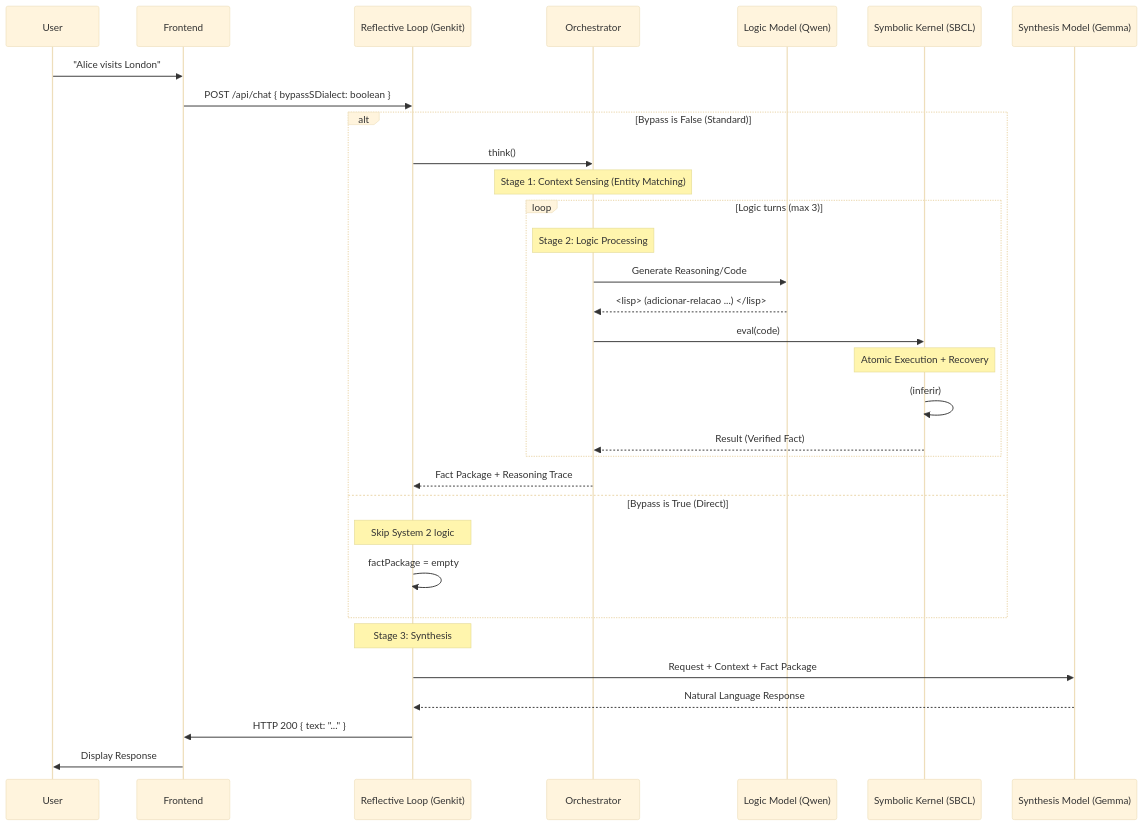
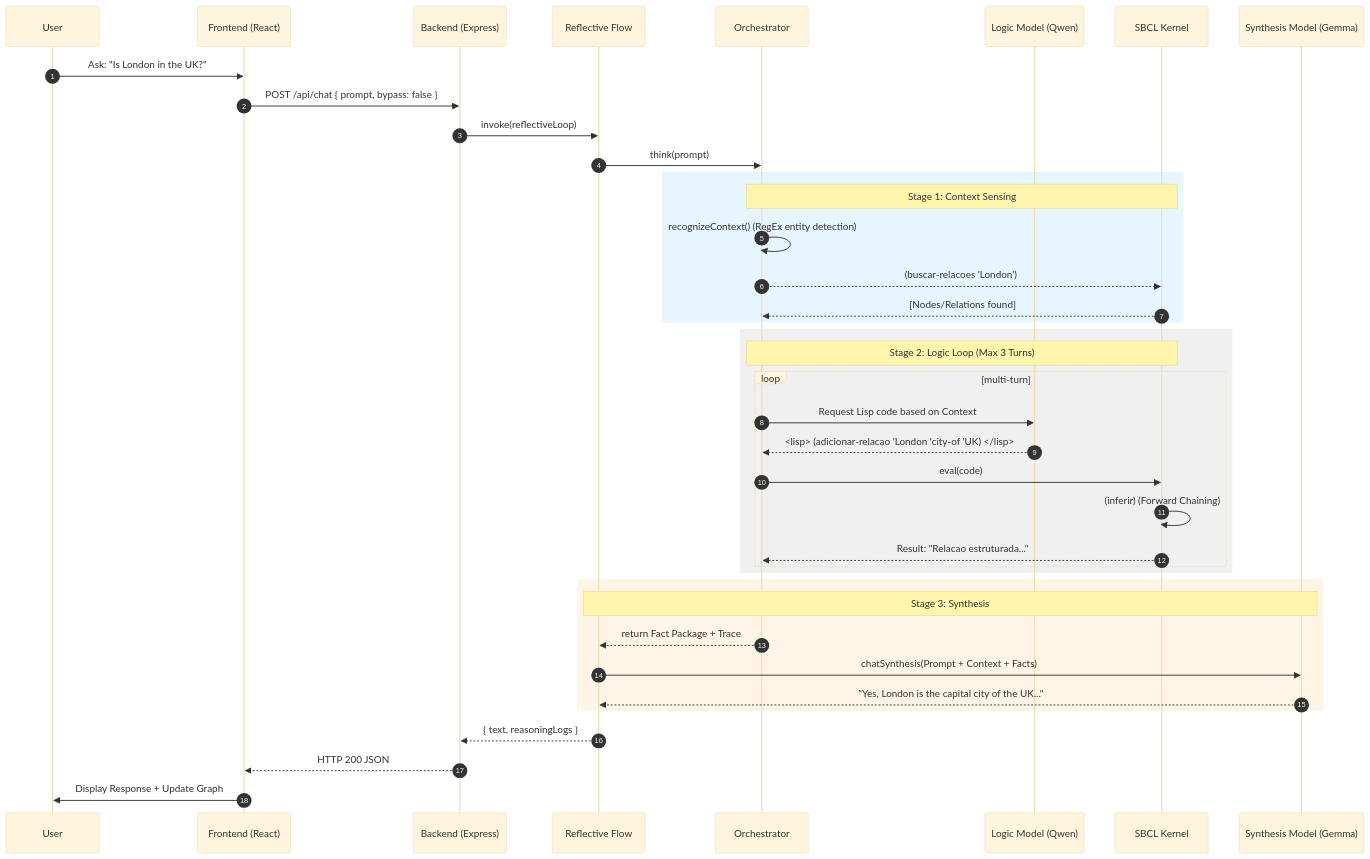
Before and after one commit to spock74/dialectical-symbolic-ai: the second of 4 diagrams in README_V02.md, drawn with Mermaid (base theme). The commit also changed other lines of this file and 47 other files, not shown here.

Commit message:
feat: Introduce Lisp interpreter and graph engine, refactor extraction flows, and update frontend UI and build configuration.

````diff
--- a/README_V02.md
+++ b/README_V02.md
@@ -49,38 +66,47 @@
 ```mermaid
 sequenceDiagram
+    autonumber
     participant U as User
-    participant F as Frontend
-    participant FL as Reflective Loop (Genkit)
-    participant O as Orchestrator
-    participant L as Logic Model (Qwen)
-    participant SK as Symbolic Kernel (SBCL)
-    participant S as Synthesis Model (Gemma)
+    participant FE as Frontend (React)
+    participant BE as Backend (Express)
+    participant FLOW as Reflective Flow
+    participant ORCH as Orchestrator
+    participant LM as Logic Model (Qwen)
+    participant SK as SBCL Kernel
+    participant SM as Synthesis Model (Gemma)
 
-    U->>F: "Alice visits London"
-    F->>FL: POST /api/chat { bypassSDialect: boolean }
+    U->>FE: Ask: "Is London in the UK?"
+    FE->>BE: POST /api/chat { prompt, bypass: false }
+    BE->>FLOW: invoke(reflectiveLoop)
     
-    alt Bypass is False (Standard)
-        FL->>O: think()
-        Note over O: Stage 1: Context Sensing (Entity Matching)
-        
-        loop Logic turns (max 3)
-            Note over O: Stage 2: Logic Processing
-            O->>L: Generate Reasoning/Code
-            L-->>O: <lisp> (adicionar-relacao ...) </lisp>
-            O->>SK: eval(code)
-            Note over SK: Atomic Execution + Recovery
-            SK->>SK: (inferir)
-            SK-->>O: Result (Verified Fact)
-        end
-        O-->>FL: Fact Package + Reasoning Trace
-    else Bypass is True (Direct)
-        Note over FL: Skip System 2 logic
-        FL->>FL: factPackage = empty
+    FLOW->>ORCH: think(prompt)
+    
+    rect rgb(230, 245, 255)
+        Note over ORCH, SK: Stage 1: Context Sensing
+        ORCH->>ORCH: recognizeContext() (RegEx entity detection)
+        ORCH-->>SK: (buscar-relacoes 'London')
+        SK-->>ORCH: [Nodes/Relations found]
     end
 
-    Note over FL: Stage 3: Synthesis
-    FL->>S: Request + Context + Fact Package
-    S-->>FL: Natural Language Response
-    FL->>F: HTTP 200 { text: "..." }
-    F->>U: Display Response
+    rect rgb(240, 240, 240)
+        Note over ORCH, SK: Stage 2: Logic Loop (Max 3 Turns)
+        loop multi-turn
+            ORCH->>LM: Request Lisp code based on Context
+            LM-->>ORCH: <lisp> (adicionar-relacao 'London 'city-of 'UK) </lisp>
+            ORCH->>SK: eval(code)
+            SK->>SK: (inferir) (Forward Chaining)
+            SK-->>ORCH: Result: "Relacao estruturada..."
+        end
+    end
+
+    rect rgb(255, 245, 230)
+        Note over FLOW, SM: Stage 3: Synthesis
+        ORCH-->>FLOW: return Fact Package + Trace
+        FLOW->>SM: chatSynthesis(Prompt + Context + Facts)
+        SM-->>FLOW: "Yes, London is the capital city of the UK..."
+    end
+
+    FLOW-->>BE: { text, reasoningLogs }
+    BE-->>FE: HTTP 200 JSON
+    FE->>U: Display Response + Update Graph
 ```
````
